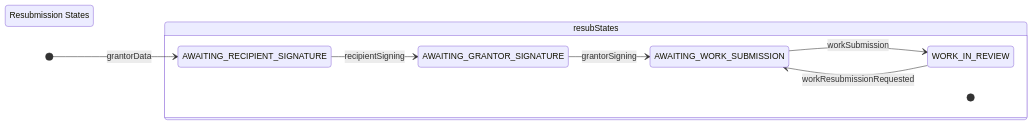
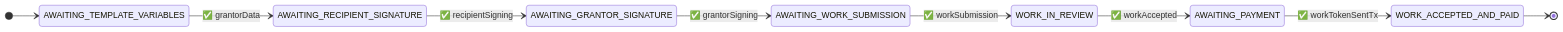
One commit to Consensys-Network-State/signet-execution-prototype changed the second of 5 diagrams in lua-actor/src/tests/grant-with-feedback/grant-with-feedback.md. Above: the diagram before and after it, drawn with Mermaid. The commit also changed other lines of this file, not shown here.

````diff
--- a/lua-actor/src/tests/grant-with-feedback/grant-with-feedback.md
+++ b/lua-actor/src/tests/grant-with-feedback/grant-with-feedback.md
@@ -32,21 +31,12 @@
 ```mermaid
 stateDiagram-v2
     direction LR
-    
-    state "Resubmission States" as resubStates #LightGreen
-    
-    [*] --> AWAITING_RECIPIENT_SIGNATURE: grantorData
-    AWAITING_RECIPIENT_SIGNATURE --> AWAITING_GRANTOR_SIGNATURE: recipientSigning
-    AWAITING_GRANTOR_SIGNATURE --> AWAITING_WORK_SUBMISSION: grantorSigning
-    AWAITING_WORK_SUBMISSION --> WORK_IN_REVIEW: workSubmission
-    WORK_IN_REVIEW --> AWAITING_WORK_SUBMISSION: workResubmissionRequested
-    
-    state resubStates {
-        [*]
-        AWAITING_RECIPIENT_SIGNATURE
-        AWAITING_GRANTOR_SIGNATURE
-        AWAITING_WORK_SUBMISSION
-        WORK_IN_REVIEW
-        AWAITING_WORK_SUBMISSION
-    }
+    [*] --> AWAITING_TEMPLATE_VARIABLES
+    AWAITING_TEMPLATE_VARIABLES --> AWAITING_RECIPIENT_SIGNATURE: ✅ grantorData
+    AWAITING_RECIPIENT_SIGNATURE --> AWAITING_GRANTOR_SIGNATURE: ✅ recipientSigning
+    AWAITING_GRANTOR_SIGNATURE --> AWAITING_WORK_SUBMISSION: ✅ grantorSigning
+    AWAITING_WORK_SUBMISSION --> WORK_IN_REVIEW: ✅ workSubmission
+    WORK_IN_REVIEW --> AWAITING_PAYMENT: ✅ workAccepted
+    AWAITING_PAYMENT --> WORK_ACCEPTED_AND_PAID: ✅ workTokenSentTx
+    WORK_ACCEPTED_AND_PAID --> [*]
 ```
````
